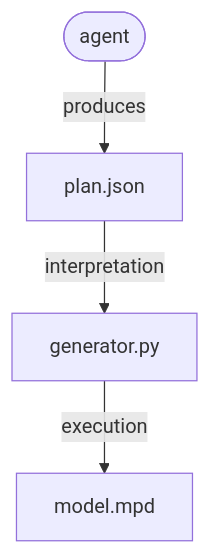
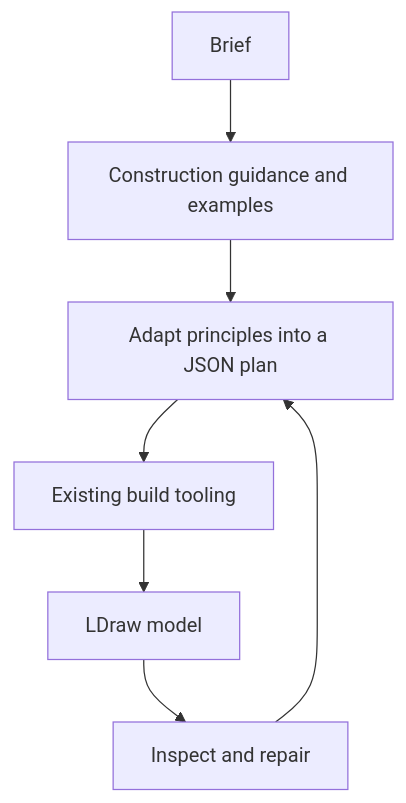
One commit to anteloc/ldraw-nova changed the diagram in README.md. Above: the diagram before and after it, drawn with Mermaid. The commit also changed other lines of this file and 21 other files, not shown here.

````diff
--- a/README.md
+++ b/README.md
@@ -148,7 +142,9 @@
 ```mermaid
 flowchart TD
-    agent([agent]) -- produces --> plan[plan.json]
-    plan -- interpretation --> gen[generator.py]
-    gen -- execution --> model[model.mpd]
-
+    brief[Brief] --> knowledge[Construction guidance and examples]
+    knowledge --> plan[Adapt principles into a JSON plan]
+    plan --> build[Existing build tooling]
+    build --> model[LDraw model]
+    model --> review[Inspect and repair]
+    review --> plan
 ```
````
